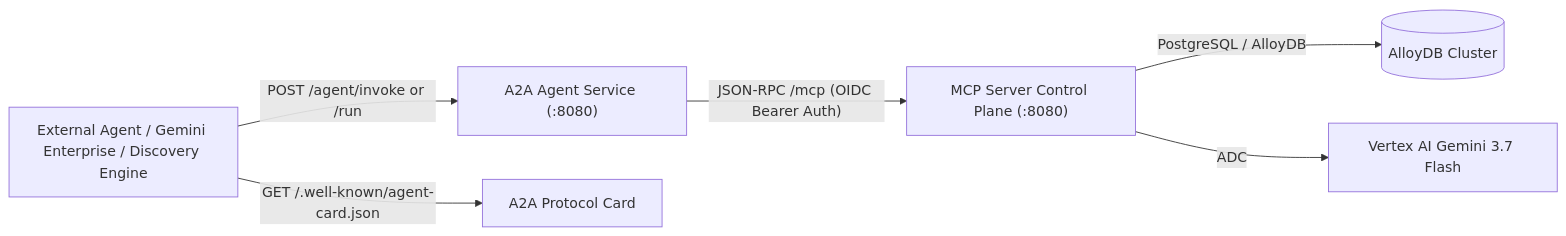
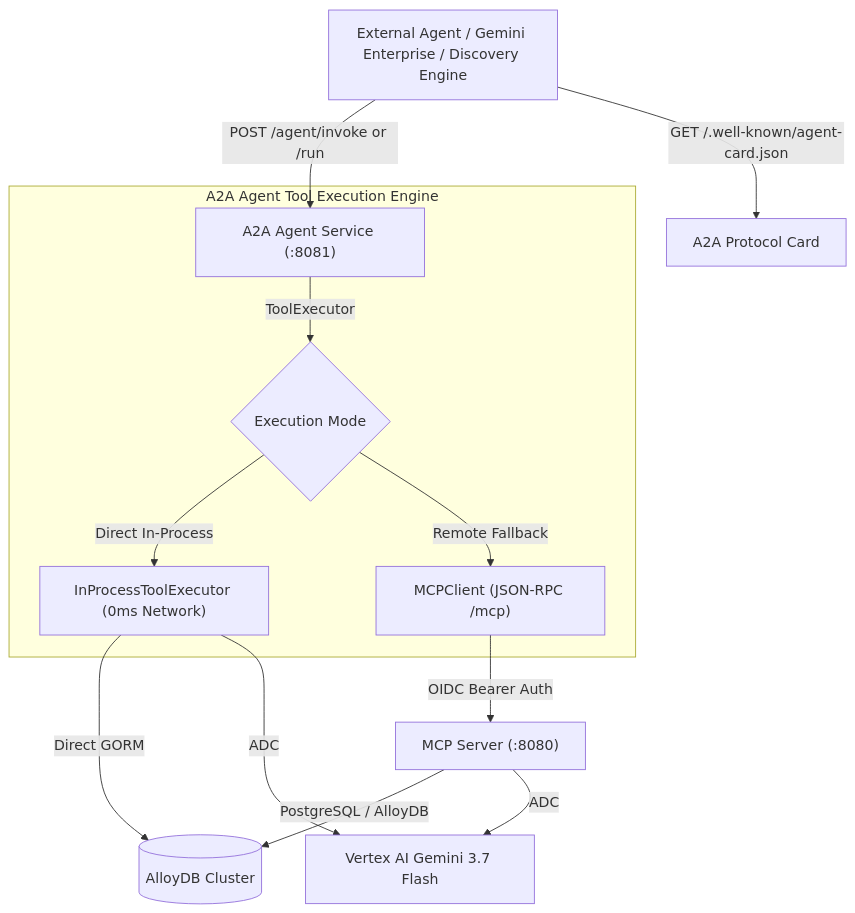
The diagram in docs/content/docs/a2a-agent.md (retail-cortex/ai-daily-brief), drawn with Mermaid before and after one commit. The commit also changed other lines of this file and 11 other files, not shown here.

````diff
--- a/docs/content/docs/a2a-agent.md
+++ b/docs/content/docs/a2a-agent.md
@@ -14,8 +14,17 @@
 ```mermaid
-flowchart LR
-    Caller["External Agent / Gemini Enterprise / Discovery Engine"] -->|"POST /agent/invoke or /run"| A2A["A2A Agent Service (:8080)"]
+flowchart TD
+    Caller["External Agent / Gemini Enterprise / Discovery Engine"] -->|"POST /agent/invoke or /run"| A2A["A2A Agent Service (:8081)"]
     Caller -->|"GET /.well-known/agent-card.json"| Card["A2A Protocol Card"]
-    A2A -->|"JSON-RPC /mcp (OIDC Bearer Auth)"| MCP["MCP Server Control Plane (:8080)"]
-    MCP -->|"PostgreSQL / AlloyDB"| DB[("AlloyDB Cluster")]
-    MCP -->|"ADC"| Gemini["Vertex AI Gemini 3.7 Flash"]
+    
+    subgraph A2A_Engine ["A2A Agent Tool Execution Engine"]
+        A2A -->|"ToolExecutor"| Exec{"Execution Mode"}
+        Exec -->|"Direct In-Process"| InProc["InProcessToolExecutor (0ms Network)"]
+        Exec -->|"Remote Fallback"| Remote["MCPClient (JSON-RPC /mcp)"]
+    end
+
+    InProc -->|"Direct GORM"| DB[("AlloyDB Cluster")]
+    Remote -->|"OIDC Bearer Auth"| MCP["MCP Server (:8080)"]
+    MCP -->|"PostgreSQL / AlloyDB"| DB
+    InProc -->|"ADC"| Gemini["Vertex AI Gemini 3.7 Flash"]
+    MCP -->|"ADC"| Gemini
 ```
````
